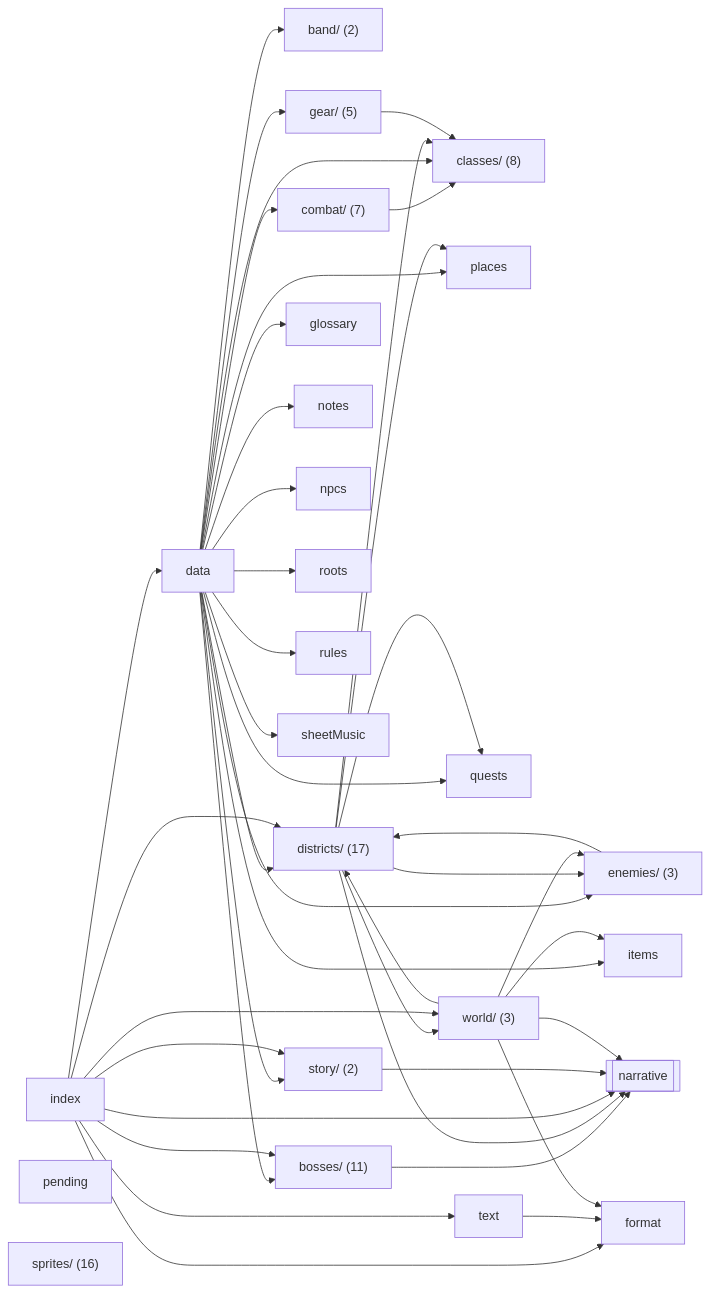
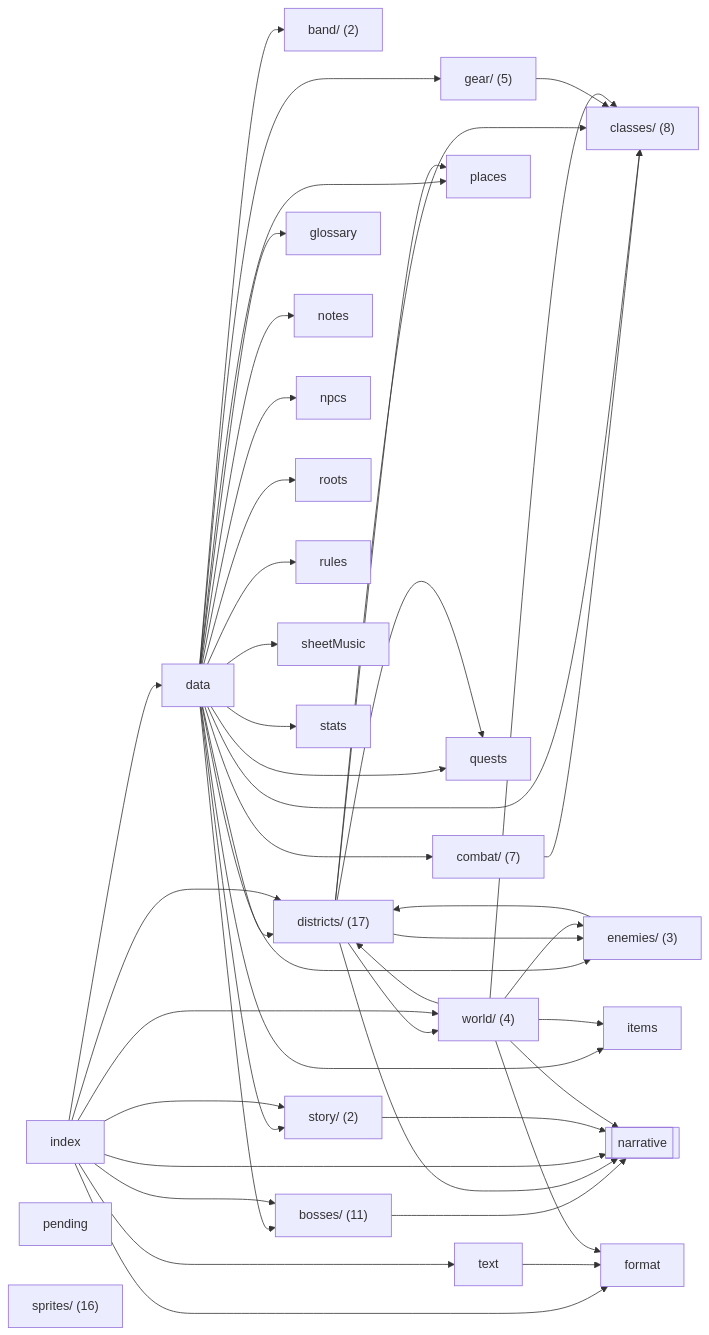
The diagram in docs/reference/code-map/content.md (OrangeB0lt/Cyber-funk), drawn with Mermaid before and after one commit. The commit also changed other lines of this file and 27 other files, not shown here.

````diff
--- a/docs/reference/code-map/content.md
+++ b/docs/reference/code-map/content.md
@@ -11,70 +11,73 @@
 ```mermaid
 flowchart LR
   n_band_["band/ (2)"]
   n_bosses_["bosses/ (11)"]
   n_classes_["classes/ (8)"]
   n_combat_["combat/ (7)"]
   n_data["data"]
   n_districts_["districts/ (17)"]
   n_enemies_["enemies/ (3)"]
   n_format["format"]
   n_gear_["gear/ (5)"]
   n_glossary["glossary"]
   n_index["index"]
   n_items["items"]
   n_notes["notes"]
   n_npcs["npcs"]
   n_pending["pending"]
   n_places["places"]
   n_quests["quests"]
   n_roots["roots"]
   n_rules["rules"]
   n_sheetMusic["sheetMusic"]
   n_sprites_["sprites/ (16)"]
+  n_stats["stats"]
   n_story_["story/ (2)"]
   n_text["text"]
-  n_world_["world/ (3)"]
+  n_world_["world/ (4)"]
   n_ext_narrative[["narrative"]]
   n_bosses_ --> n_ext_narrative
   n_combat_ --> n_classes_
   n_data --> n_band_
   n_data --> n_bosses_
   n_data --> n_classes_
   n_data --> n_combat_
   n_data --> n_districts_
   n_data --> n_enemies_
   n_data --> n_gear_
   n_data --> n_glossary
   n_data --> n_items
   n_data --> n_notes
   n_data --> n_npcs
   n_data --> n_places
   n_data --> n_quests
   n_data --> n_roots
   n_data --> n_rules
   n_data --> n_sheetMusic
+  n_data --> n_stats
   n_data --> n_story_
   n_districts_ --> n_classes_
   n_districts_ --> n_enemies_
   n_districts_ --> n_ext_narrative
   n_districts_ --> n_places
   n_districts_ --> n_quests
   n_districts_ --> n_world_
   n_enemies_ --> n_districts_
   n_gear_ --> n_classes_
   n_index --> n_bosses_
   n_index --> n_data
   n_index --> n_districts_
   n_index --> n_ext_narrative
   n_index --> n_format
   n_index --> n_story_
   n_index --> n_text
   n_index --> n_world_
   n_story_ --> n_ext_narrative
   n_text --> n_format
+  n_world_ --> n_classes_
   n_world_ --> n_districts_
   n_world_ --> n_enemies_
   n_world_ --> n_ext_narrative
   n_world_ --> n_format
   n_world_ --> n_items
 ```
````
